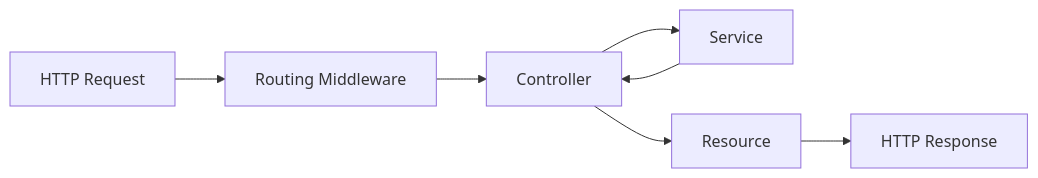
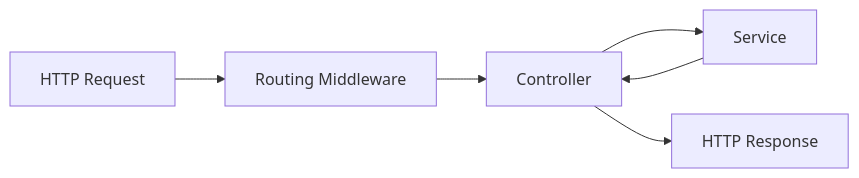
Before and after one commit to JosePedro-22/Backend-Challenge: the diagram in README.md, drawn with Mermaid. The commit also changed other lines of this file, not shown here.

````diff
--- a/README.md
+++ b/README.md
@@ -99,10 +90,9 @@
 ```mermaid
 graph LR
 A[HTTP Request] --> B[Routing Middleware]
 B --> C[Controller]
 C --> D[Service]
 D --> C
-C --> E[Resource]
-E --> F[HTTP Response]
+C --> F[HTTP Response]
 
 ```
````
